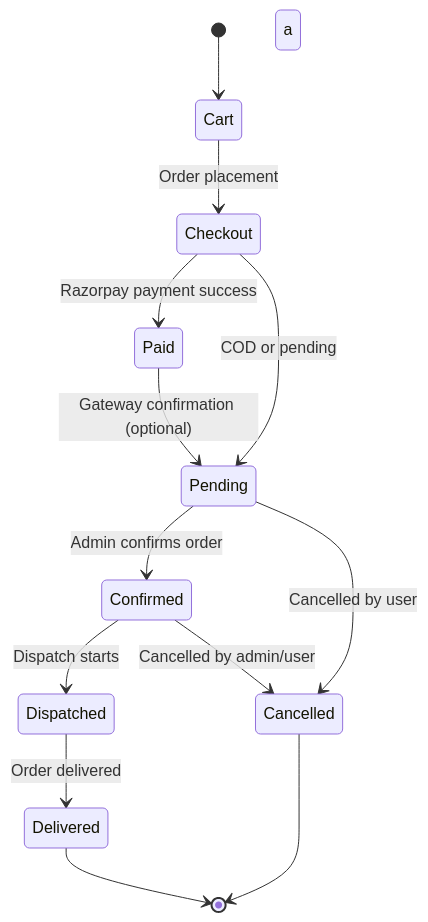
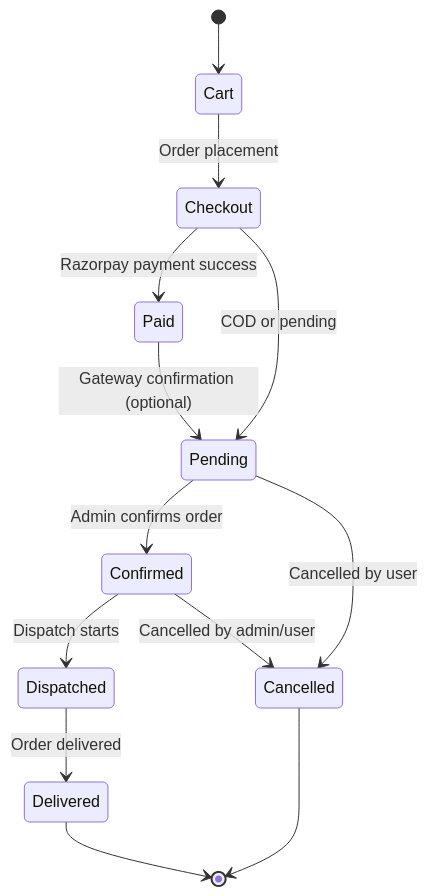
One commit to prasadb18/para-sale changed the diagram in README.md. Above: the diagram before and after it, drawn with Mermaid. The commit also changed other lines of this file, not shown here.

````diff
--- a/README.md
+++ b/README.md
@@ -5,16 +111,15 @@
 ```mermaid
 stateDiagram-v2
     [*] --> Cart
     Cart --> Checkout : Order placement
     Checkout --> Paid : Razorpay payment success
     Checkout --> Pending : COD or pending
-a
     Paid --> Pending : Gateway confirmation (optional)
     Pending --> Confirmed : Admin confirms order
     Confirmed --> Dispatched : Dispatch starts
     Dispatched --> Delivered : Order delivered
     Confirmed --> Cancelled : Cancelled by admin/user
     Pending --> Cancelled : Cancelled by user
     Cancelled --> [*]
     Delivered --> [*]
 ```
````
